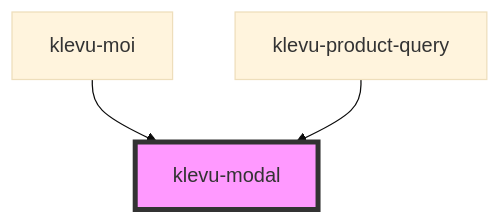
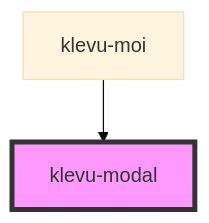
One commit to klevultd/frontend-sdk changed the diagram in packages/klevu-ui/src/components/klevu-modal/readme.md. Above: the diagram before and after it, drawn with Mermaid (base theme). The commit also changed other lines of this file and 11 other files, not shown here.

````diff
--- a/packages/klevu-ui/src/components/klevu-modal/readme.md
+++ b/packages/klevu-ui/src/components/klevu-modal/readme.md
@@ -64,6 +63,5 @@
 ```mermaid
 graph TD;
   klevu-moi --> klevu-modal
-  klevu-product-query --> klevu-modal
   style klevu-modal fill:#f9f,stroke:#333,stroke-width:4px
 ```
````
